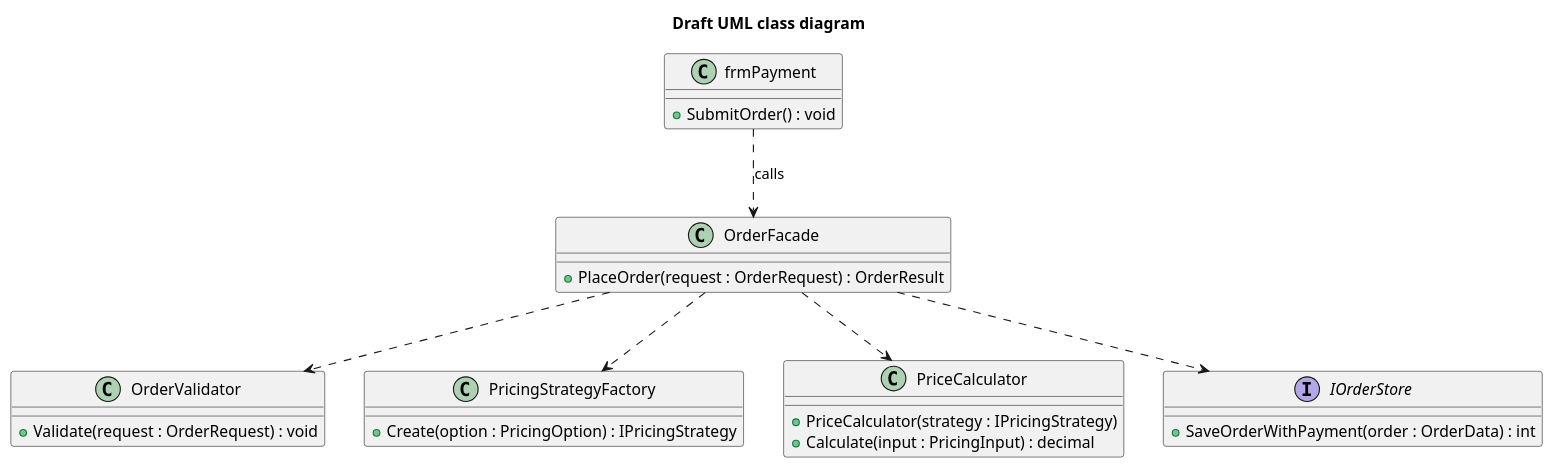
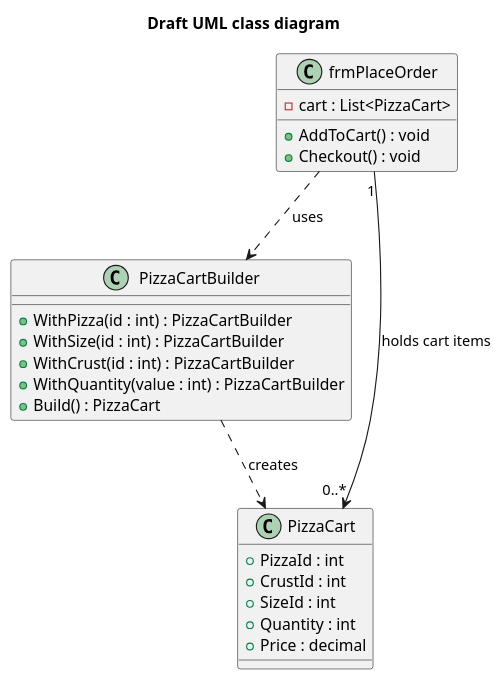
Before and after one commit to YukiHoi/Pizza-Ordering-System-Refactored: the diagram in FoodDeliverySYS/new.puml, drawn with PlantUML. The commit also changed 1 other file, not shown here.

Commit message:
Update Builder pattern

```diff
--- a/FoodDeliverySYS/new.puml
+++ b/FoodDeliverySYS/new.puml
@@ -1,36 +1,31 @@
 @startuml
 'https://plantuml.com/class-diagram
 
 title Draft UML class diagram
 
-class frmPayment {
-    + SubmitOrder() : void
+class frmPlaceOrder {
+    - cart : List<PizzaCart>
+    + AddToCart() : void
+    + Checkout() : void
 }
 
-class OrderFacade {
-    + PlaceOrder(request : OrderRequest) : OrderResult
+class PizzaCartBuilder {
+    + WithPizza(id : int) : PizzaCartBuilder
+    + WithSize(id : int) : PizzaCartBuilder
+    + WithCrust(id : int) : PizzaCartBuilder
+    + WithQuantity(value : int) : PizzaCartBuilder
+    + Build() : PizzaCart
 }
 
-class OrderValidator {
-    + Validate(request : OrderRequest) : void
+class PizzaCart {
+    + PizzaId : int
+    + CrustId : int
+    + SizeId : int
+    + Quantity : int
+    + Price : decimal
 }
 
-class PricingStrategyFactory {
-    + Create(option : PricingOption) : IPricingStrategy
-}
-
-class PriceCalculator {
-    + PriceCalculator(strategy : IPricingStrategy)
-    + Calculate(input : PricingInput) : decimal
-}
-
-interface IOrderStore {
-    + SaveOrderWithPayment(order : OrderData) : int
-}
-
-frmPayment ..> OrderFacade : calls
-OrderFacade ..> OrderValidator
-OrderFacade ..> PricingStrategyFactory
-OrderFacade ..> PriceCalculator
-OrderFacade ..> IOrderStore
+frmPlaceOrder ..> PizzaCartBuilder : uses
+PizzaCartBuilder ..> PizzaCart : creates
+frmPlaceOrder "1" --> "0..*" PizzaCart : holds cart items
 @enduml
```
